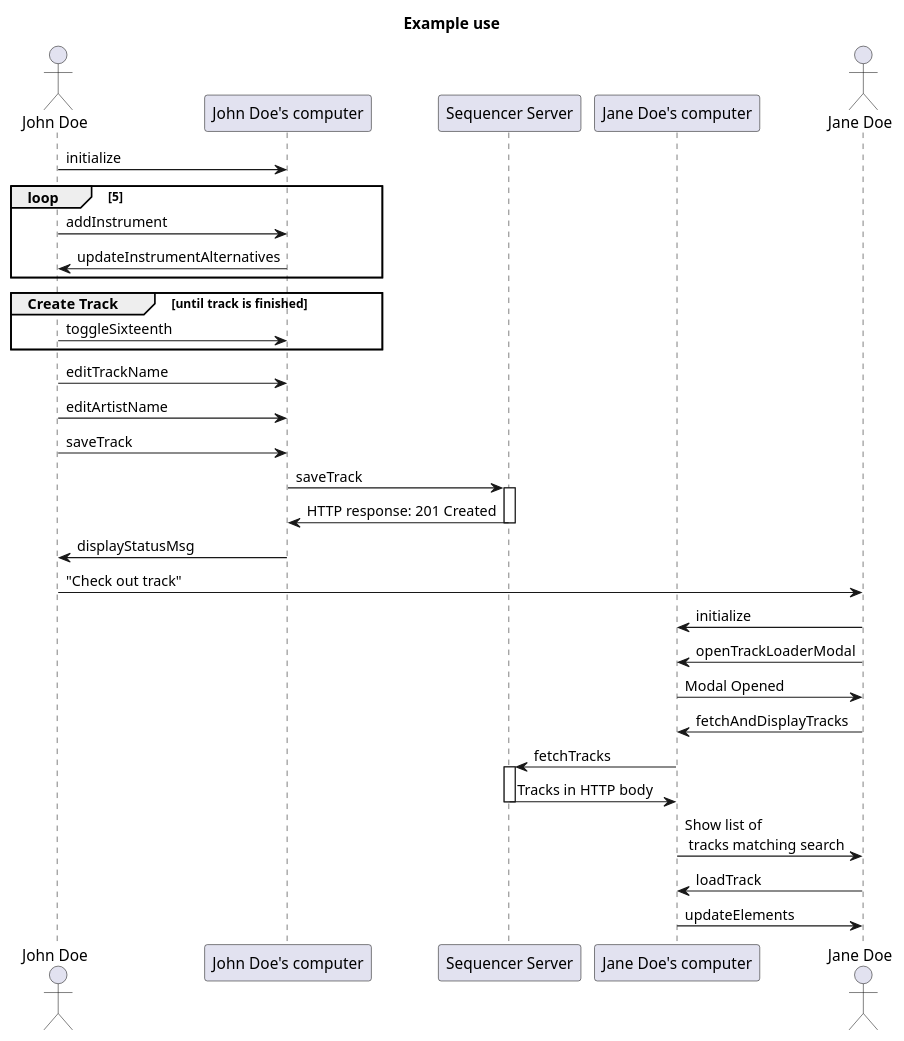
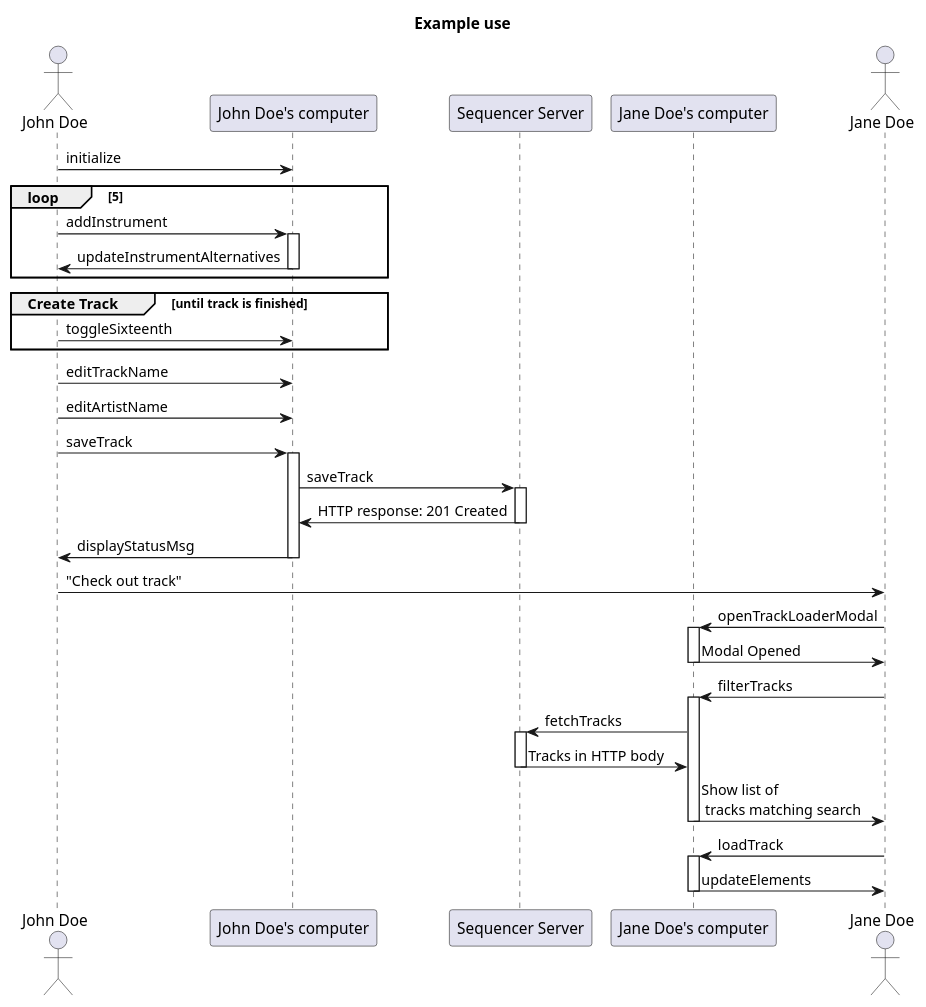
One commit to PeterJFB/drum-sequencer changed the diagram in docs/release3/diagrams/ExampleUseSequence.wsd. Above: the diagram before and after it, drawn with PlantUML. The commit also changed 1 other file, not shown here.

Commit message:
Related to #95. Update diagram

```diff
--- a/docs/release3/diagrams/ExampleUseSequence.wsd
+++ b/docs/release3/diagrams/ExampleUseSequence.wsd
@@ -1,43 +1,52 @@
 @startuml ExampleUse
 title Example use
 
 actor "John Doe" as John
 participant "John Doe's computer" as JohnPC
 participant "Sequencer Server" as server
 participant "Jane Doe's computer" as JanePC
 actor "Jane Doe" as Jane
 
 John -> JohnPC: initialize
 loop 5
     John -> JohnPC: addInstrument
+    activate JohnPC
     JohnPC -> John:updateInstrumentAlternatives
+    deactivate JohnPC
 end
 group Create Track [until track is finished]
     John -> JohnPC: toggleSixteenth
 end
 John -> JohnPC: editTrackName
 John -> JohnPC: editArtistName
 John -> JohnPC: saveTrack
+activate JohnPC
 
 
 JohnPC -> server: saveTrack
 activate server
 server -> JohnPC: HTTP response: 201 Created
 deactivate server
 JohnPC -> John: displayStatusMsg
+deactivate JohnPC
 
 John -> Jane: "Check out track"
-Jane -> JanePC: initialize
 Jane -> JanePC: openTrackLoaderModal
+activate JanePC
 JanePC -> Jane: Modal Opened
-Jane -> JanePC: fetchAndDisplayTracks
+deactivate JanePC
+Jane -> JanePC: filterTracks
+activate JanePC
 
 JanePC -> server: fetchTracks
 activate server
 server -> JanePC: Tracks in HTTP body
 deactivate server
 
 JanePC -> Jane: Show list of\n tracks matching search
+deactivate JanePC
 Jane -> JanePC: loadTrack
+activate JanePC
 JanePC -> Jane: updateElements
+deactivate JanePC
 @enduml
```
